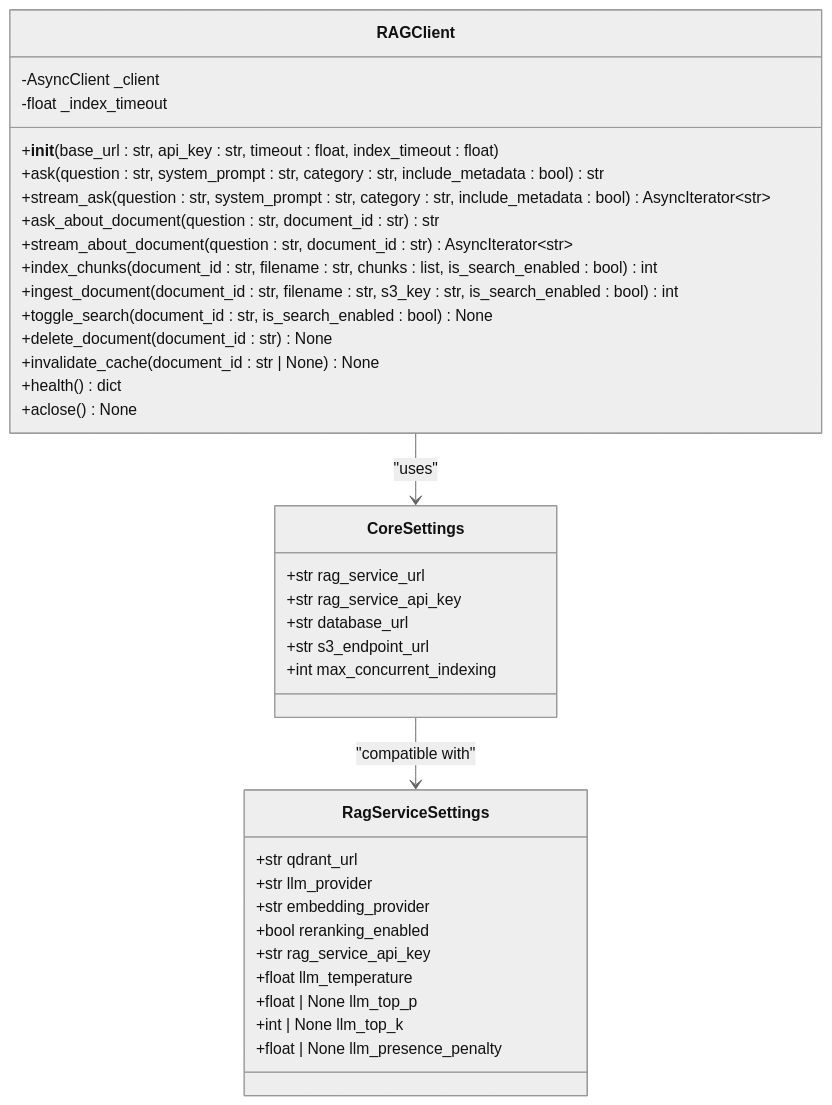
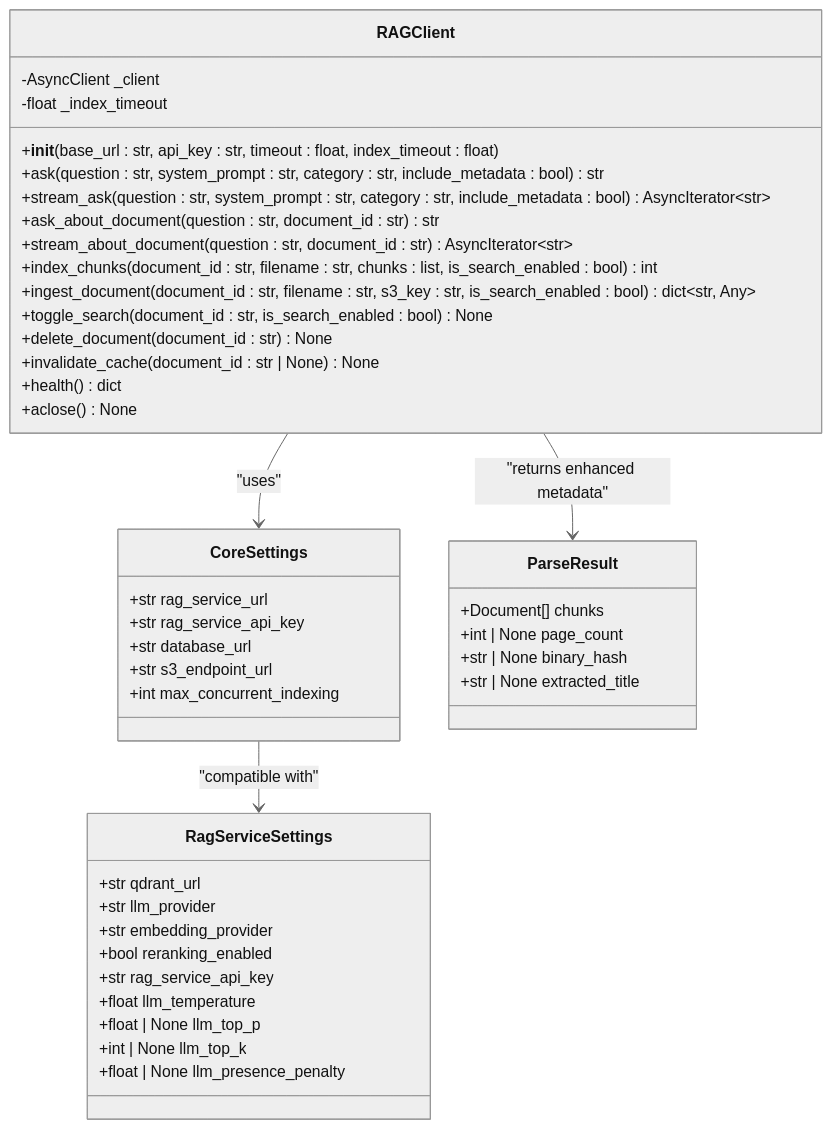
Before and after one commit to ognelis/cafetera_hr_bot: the second of 13 diagrams in .qoder/repowiki/en/content/API Reference/RAG Client Integration.md, drawn with Mermaid (neutral theme). The commit also changed other lines of this file and 9 other files, not shown here.

````diff
--- a/.qoder/repowiki/en/content/API Reference/RAG Client Integration.md
+++ b/.qoder/repowiki/en/content/API Reference/RAG Client Integration.md
@@ -128,39 +138,46 @@
 ```mermaid
 classDiagram
 class RAGClient {
 -AsyncClient _client
 -float _index_timeout
 +__init__(base_url : str, api_key : str, timeout : float, index_timeout : float)
 +ask(question : str, system_prompt : str, category : str, include_metadata : bool) str
 +stream_ask(question : str, system_prompt : str, category : str, include_metadata : bool) AsyncIterator~str~
 +ask_about_document(question : str, document_id : str) str
 +stream_about_document(question : str, document_id : str) AsyncIterator~str~
 +index_chunks(document_id : str, filename : str, chunks : list, is_search_enabled : bool) int
-+ingest_document(document_id : str, filename : str, s3_key : str, is_search_enabled : bool) int
++ingest_document(document_id : str, filename : str, s3_key : str, is_search_enabled : bool) dict~str, Any~
 +toggle_search(document_id : str, is_search_enabled : bool) None
 +delete_document(document_id : str) None
 +invalidate_cache(document_id : str | None) None
 +health() dict
 +aclose() None
 }
 class CoreSettings {
 +str rag_service_url
 +str rag_service_api_key
 +str database_url
 +str s3_endpoint_url
 +int max_concurrent_indexing
 }
 class RagServiceSettings {
 +str qdrant_url
 +str llm_provider
 +str embedding_provider
 +bool reranking_enabled
 +str rag_service_api_key
 +float llm_temperature
 +float | None llm_top_p
 +int | None llm_top_k
 +float | None llm_presence_penalty
 }
+class ParseResult {
++Document[] chunks
++int | None page_count
++str | None binary_hash
++str | None extracted_title
+}
 RAGClient --> CoreSettings : "uses"
 CoreSettings --> RagServiceSettings : "compatible with"
+RAGClient --> ParseResult : "returns enhanced metadata"
 ```
````
